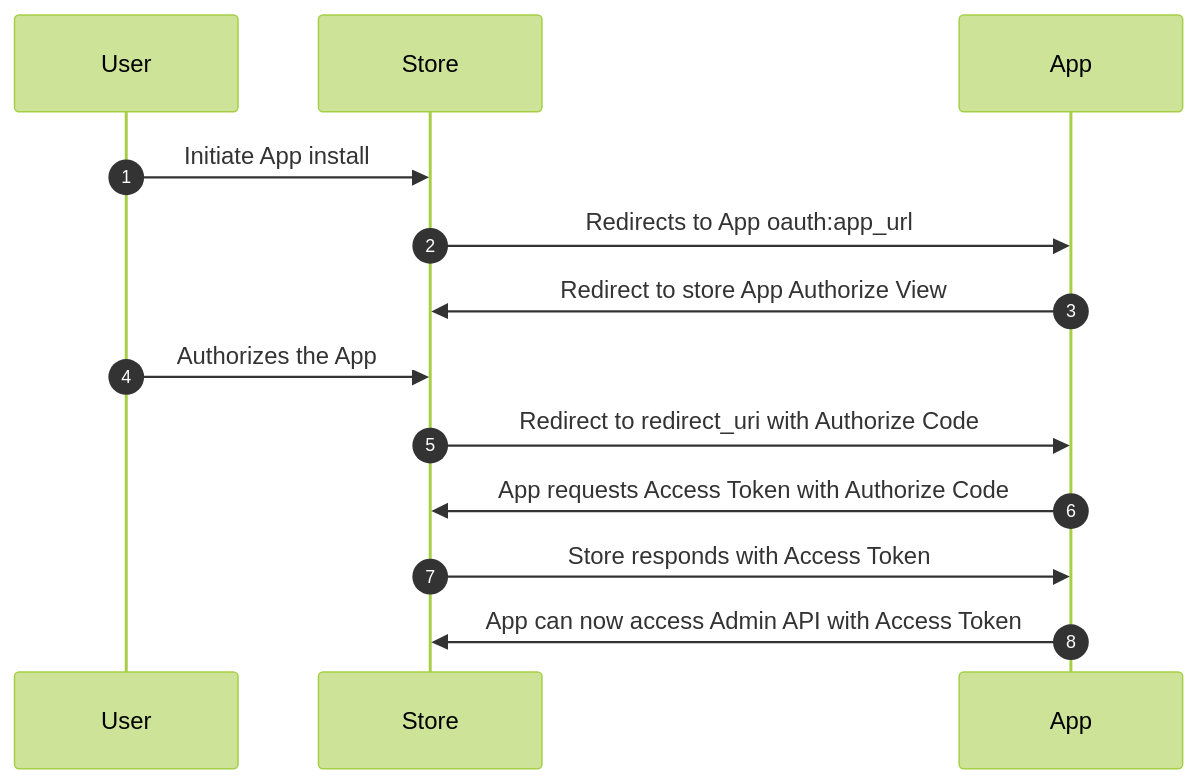
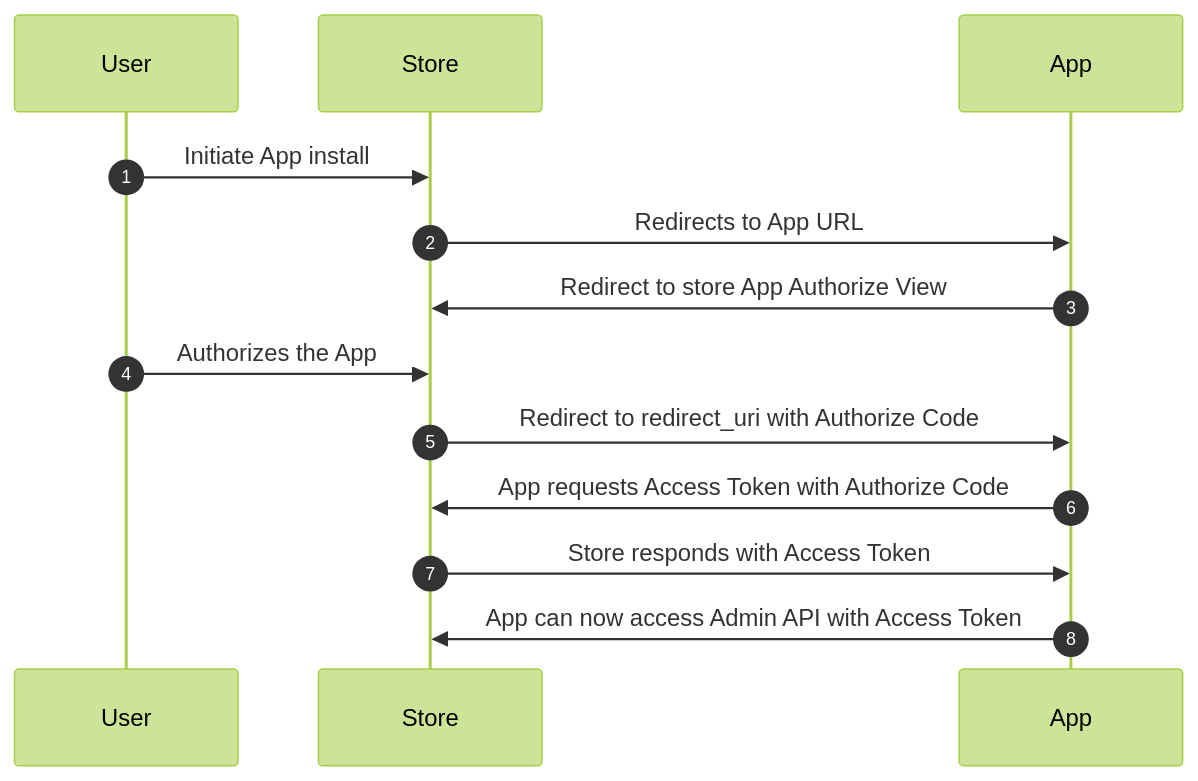
One commit to 29next/developer-docs changed the diagram in docs/apps/oauth/index.md. Above: the diagram before and after it, drawn with Mermaid (forest theme). The commit also changed other lines of this file and 1 other file, not shown here.

Commit message:
remove manifest.json for oauth flow

````diff
--- a/docs/apps/oauth/index.md
+++ b/docs/apps/oauth/index.md
@@ -25,12 +25,12 @@
 ``` mermaid
 sequenceDiagram
   autonumber
   User->>Store: Initiate App install
-  Store->>App: Redirects to App oauth:app_url
+  Store->>App: Redirects to App URL
   App->>Store: Redirect to store App Authorize View
   User->>Store: Authorizes the App
   Store->>App: Redirect to redirect_uri with Authorize Code
   App->>Store: App requests Access Token with Authorize Code
   Store->>App: Store responds with Access Token
   App->>Store: App can now access Admin API with Access Token
 ```
````
